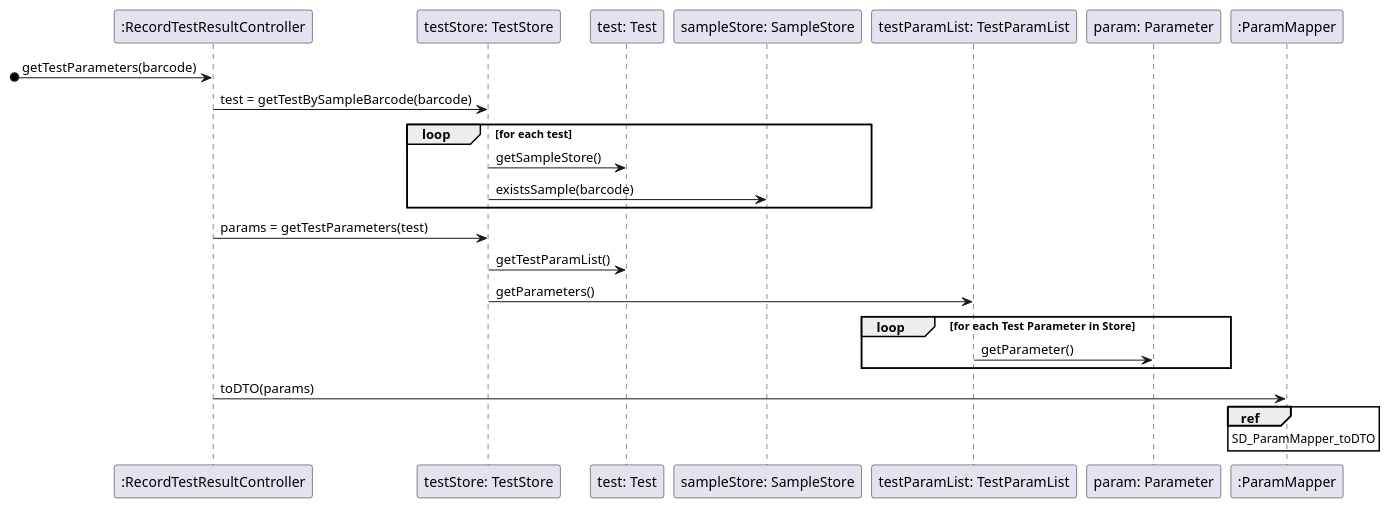
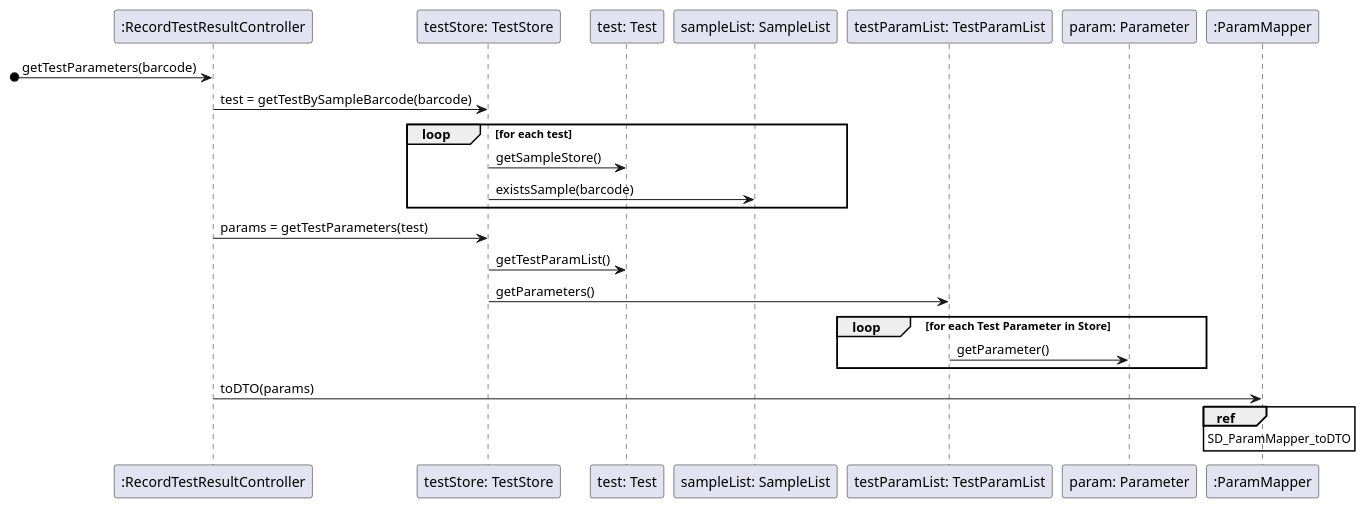
Before and after one commit to MadDinosaur/ISEP-LAPR2: the diagram in docs/SprintC/US12/SD_ShowTestParameters.puml, drawn with PlantUML. The commit also changed 9 other files, not shown here.

```diff
--- a/docs/SprintC/US12/SD_ShowTestParameters.puml
+++ b/docs/SprintC/US12/SD_ShowTestParameters.puml
@@ -1,24 +1,24 @@
 @startuml
 participant ":RecordTestResultController" as controller
 participant "testStore: TestStore" as ts
 participant "test: Test" as test
-participant "sampleStore: SampleStore" as ss
+participant "sampleList: SampleList" as ss
 participant "testParamList: TestParamList" as tpstore
 participant "param: Parameter" as testParam
 participant ":ParamMapper" as map
 
 [o-> controller : getTestParameters(barcode)
 controller -> ts : test = getTestBySampleBarcode(barcode)
 loop for each test
 ts -> test : getSampleStore()
 ts -> ss : existsSample(barcode)
 end loop
 controller -> ts : params = getTestParameters(test)
 ts -> test : getTestParamList()
 ts -> tpstore : getParameters()
 loop for each Test Parameter in Store
 tpstore -> testParam : getParameter()
 end loop
 controller -> map : toDTO(params)
 ref over map : SD_ParamMapper_toDTO
 @enduml
```
